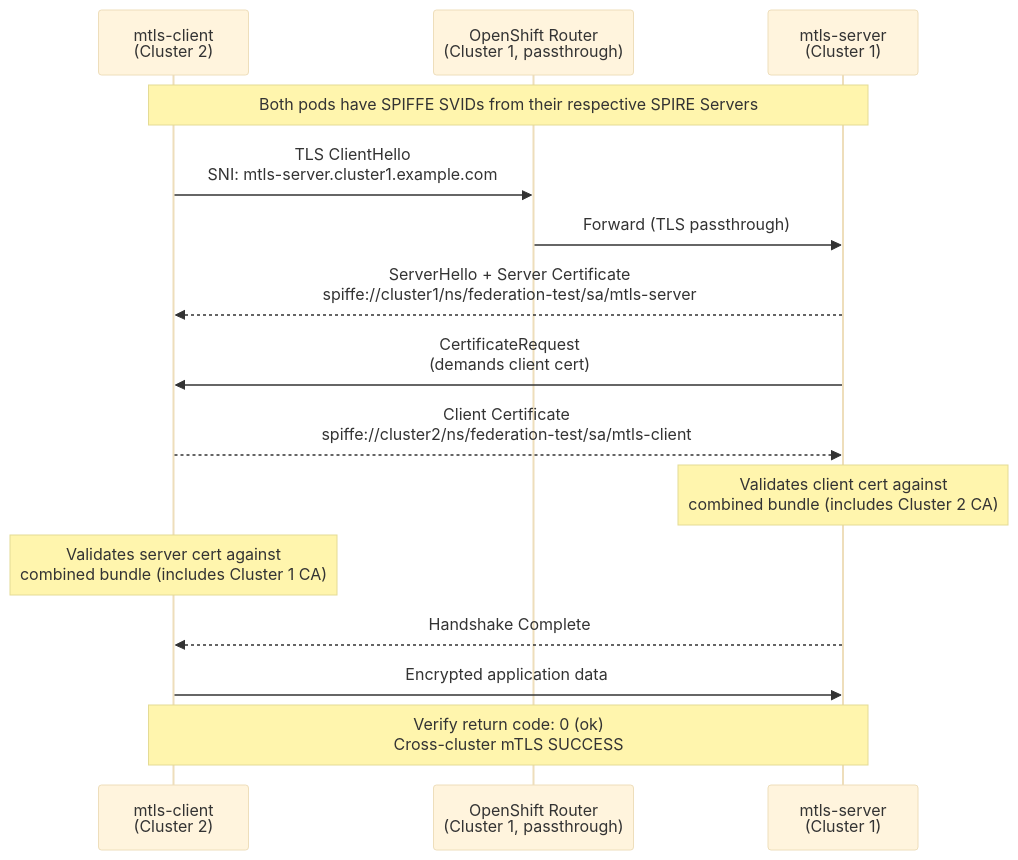
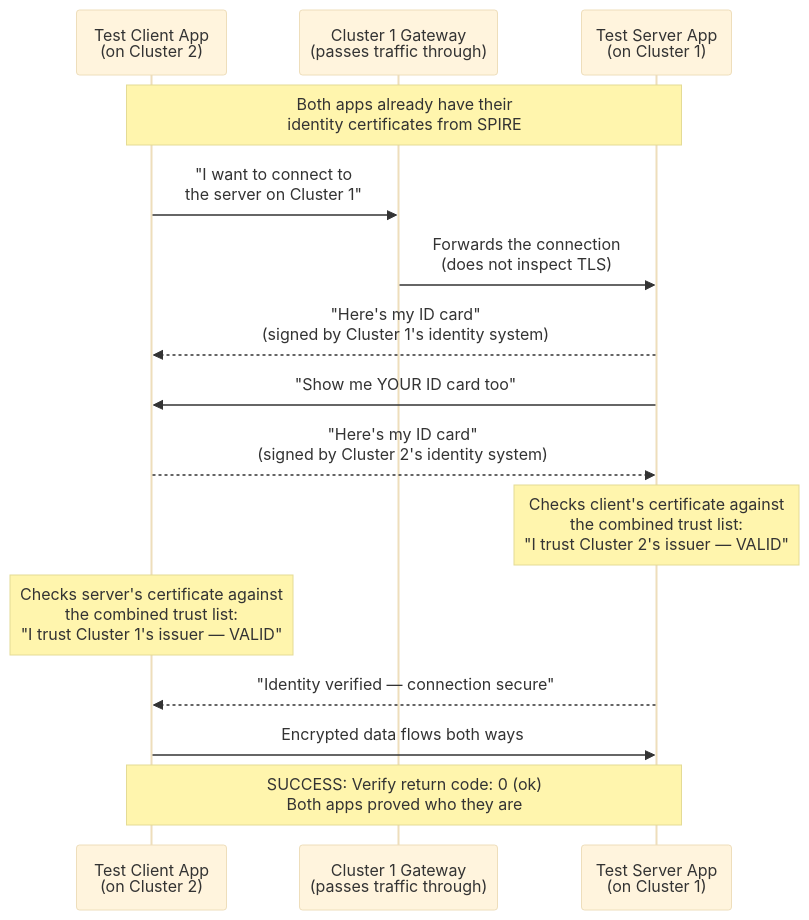
Before and after one commit to sayak-redhat/redhat-openshift-onboarding: the sixth of 7 diagrams in SPIFFE-Federation-RDS-Flowchart.md, drawn with Mermaid (base theme). The commit also changed other lines of this file, not shown here.

First line of the commit message:
Rewrite flowchart for beginners - plain English, analogies, jargon decoder

````diff
--- a/SPIFFE-Federation-RDS-Flowchart.md
+++ b/SPIFFE-Federation-RDS-Flowchart.md
@@ -210,22 +242,24 @@
 ```mermaid
 sequenceDiagram
-    participant Client as mtls-client<br/>(Cluster 2)
-    participant Router1 as OpenShift Router<br/>(Cluster 1, passthrough)
-    participant Server as mtls-server<br/>(Cluster 1)
+    participant Client as Test Client App<br/>(on Cluster 2)
+    participant Router as Cluster 1 Gateway<br/>(passes traffic through)
+    participant Server as Test Server App<br/>(on Cluster 1)
 
-    Note over Client,Server: Both pods have SPIFFE SVIDs from their respective SPIRE Servers
+    Note over Client,Server: Both apps already have their<br/>identity certificates from SPIRE
 
-    Client->>Router1: TLS ClientHello<br/>SNI: mtls-server.cluster1.example.com
-    Router1->>Server: Forward (TLS passthrough)
+    Client->>Router: "I want to connect to<br/>the server on Cluster 1"
+    Router->>Server: Forwards the connection<br/>(does not inspect TLS)
 
-    Server-->>Client: ServerHello + Server Certificate<br/>spiffe://cluster1/ns/federation-test/sa/mtls-server
-    Server->>Client: CertificateRequest<br/>(demands client cert)
-    Client-->>Server: Client Certificate<br/>spiffe://cluster2/ns/federation-test/sa/mtls-client
+    Server-->>Client: "Here's my ID card"<br/>(signed by Cluster 1's identity system)
+    Server->>Client: "Show me YOUR ID card too"
 
-    Note over Server: Validates client cert against<br/>combined bundle (includes Cluster 2 CA)
-    Note over Client: Validates server cert against<br/>combined bundle (includes Cluster 1 CA)
+    Client-->>Server: "Here's my ID card"<br/>(signed by Cluster 2's identity system)
 
-    Server-->>Client: Handshake Complete
-    Client->>Server: Encrypted application data
-    Note over Client,Server: Verify return code: 0 (ok)<br/>Cross-cluster mTLS SUCCESS
+    Note over Server: Checks client's certificate against<br/>the combined trust list:<br/>"I trust Cluster 2's issuer — VALID"
+    Note over Client: Checks server's certificate against<br/>the combined trust list:<br/>"I trust Cluster 1's issuer — VALID"
+
+    Server-->>Client: "Identity verified — connection secure"
+    Client->>Server: Encrypted data flows both ways
+
+    Note over Client,Server: SUCCESS: Verify return code: 0 (ok)<br/>Both apps proved who they are
 ```
````
